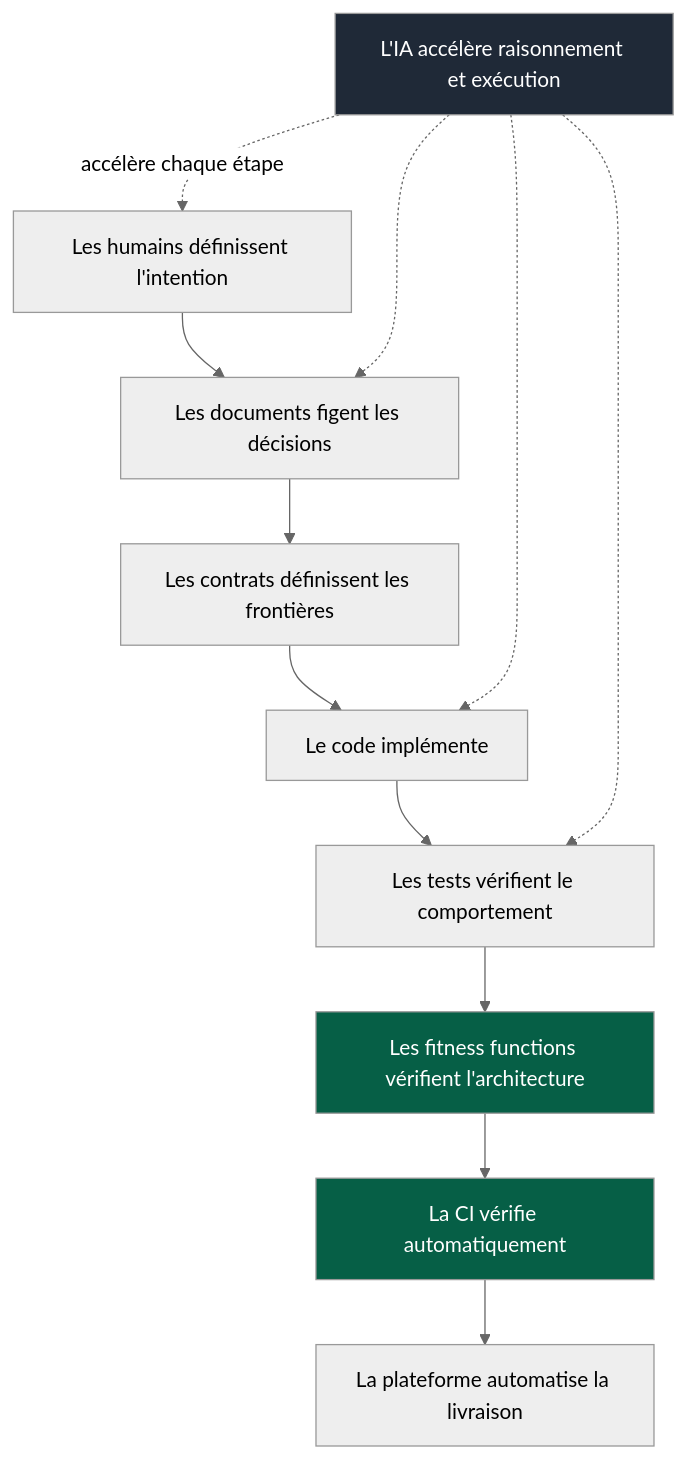
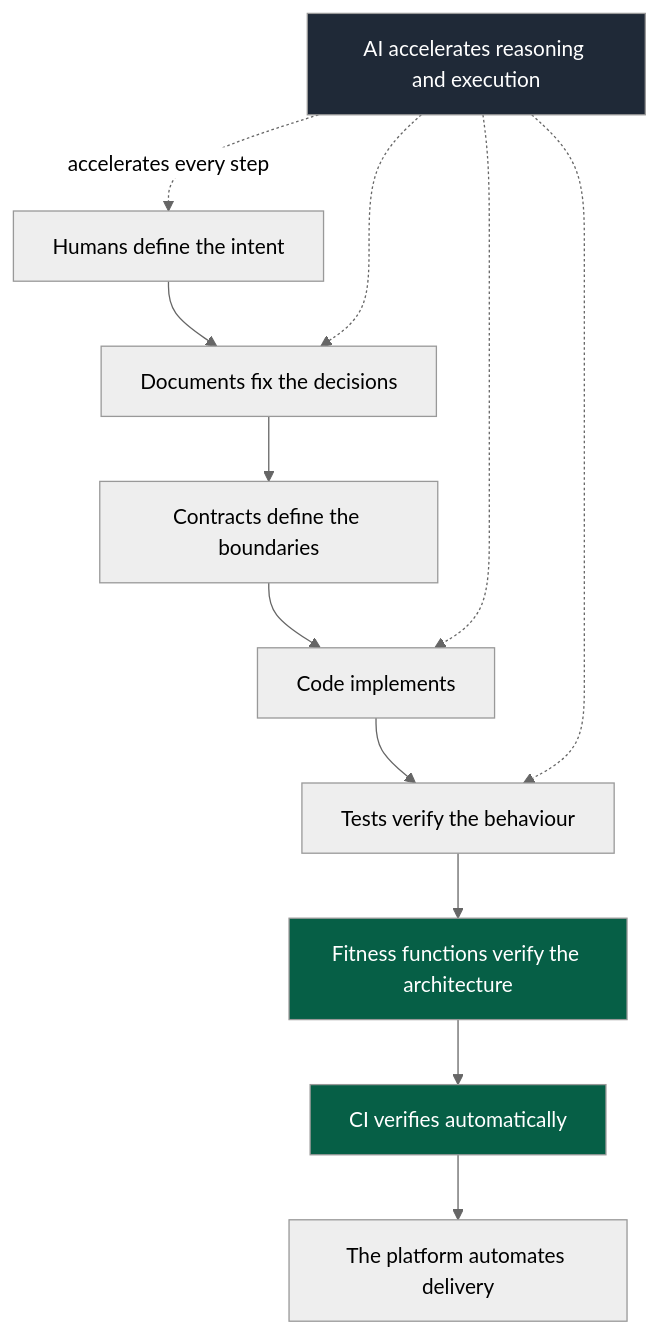
The second of 2 diagrams in skeleton/docs/os/01-principles.md (NapkinStack/engineering-os), drawn with Mermaid (neutral theme) before and after one commit. The commit also changed other lines of this file and 2 other files, not shown here.

````diff
--- a/skeleton/docs/os/01-principles.md
+++ b/skeleton/docs/os/01-principles.md
@@ -163,22 +163,22 @@
 ```mermaid
 flowchart TB
-    H["Les humains définissent l'intention"]
-    D["Les documents figent les décisions"]
-    C["Les contrats définissent les frontières"]
-    K["Le code implémente"]
-    T["Les tests vérifient le comportement"]
-    F["Les fitness functions vérifient l'architecture"]
-    CI["La CI vérifie automatiquement"]
-    P["La plateforme automatise la livraison"]
-    IA["L'IA accélère raisonnement et exécution"]
+    H["Humans define the intent"]
+    D["Documents fix the decisions"]
+    C["Contracts define the boundaries"]
+    K["Code implements"]
+    T["Tests verify the behaviour"]
+    F["Fitness functions verify the architecture"]
+    CI["CI verifies automatically"]
+    P["The platform automates delivery"]
+    IA["AI accelerates reasoning and execution"]
 
     H --> D --> C --> K --> T --> F --> CI --> P
-    IA -.->|"accélère chaque étape"| H
+    IA -.->|"accelerates every step"| H
     IA -.-> K
     IA -.-> T
     IA -.-> D
 
     style IA fill:#1f2937,color:#fff
     style F fill:#065f46,color:#fff
     style CI fill:#065f46,color:#fff
 ```
````
